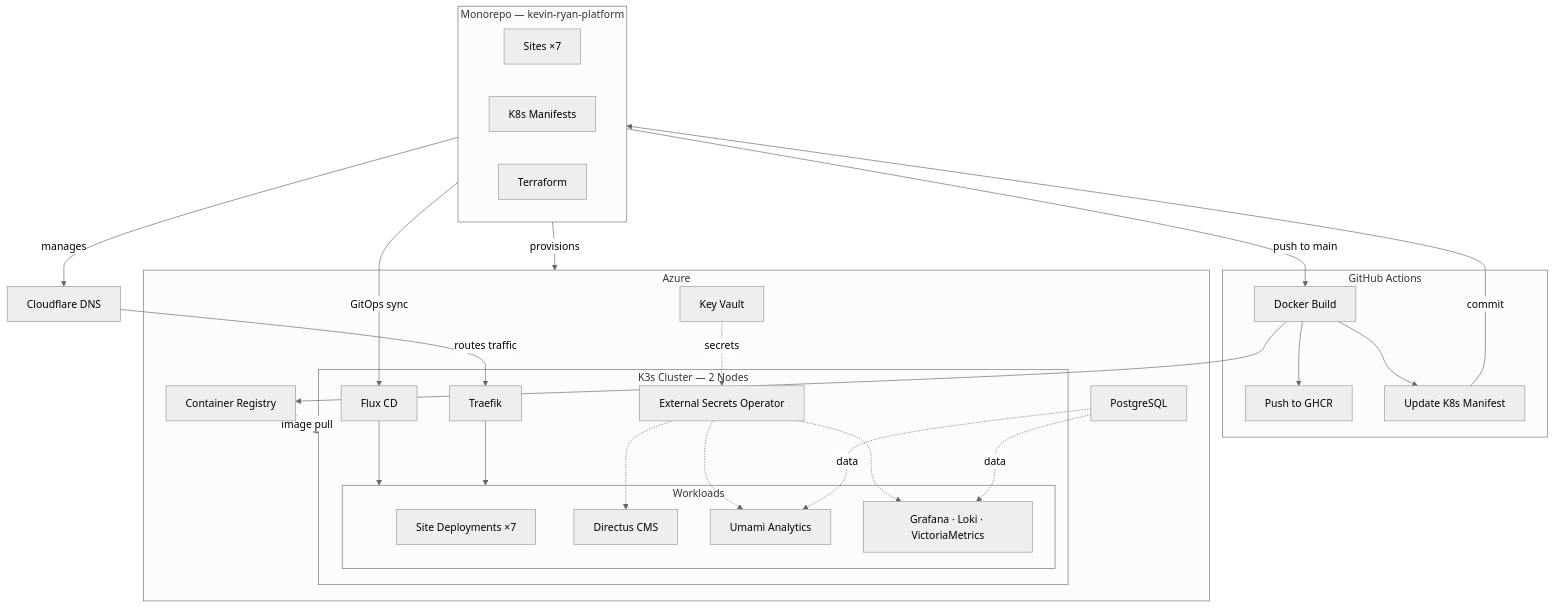
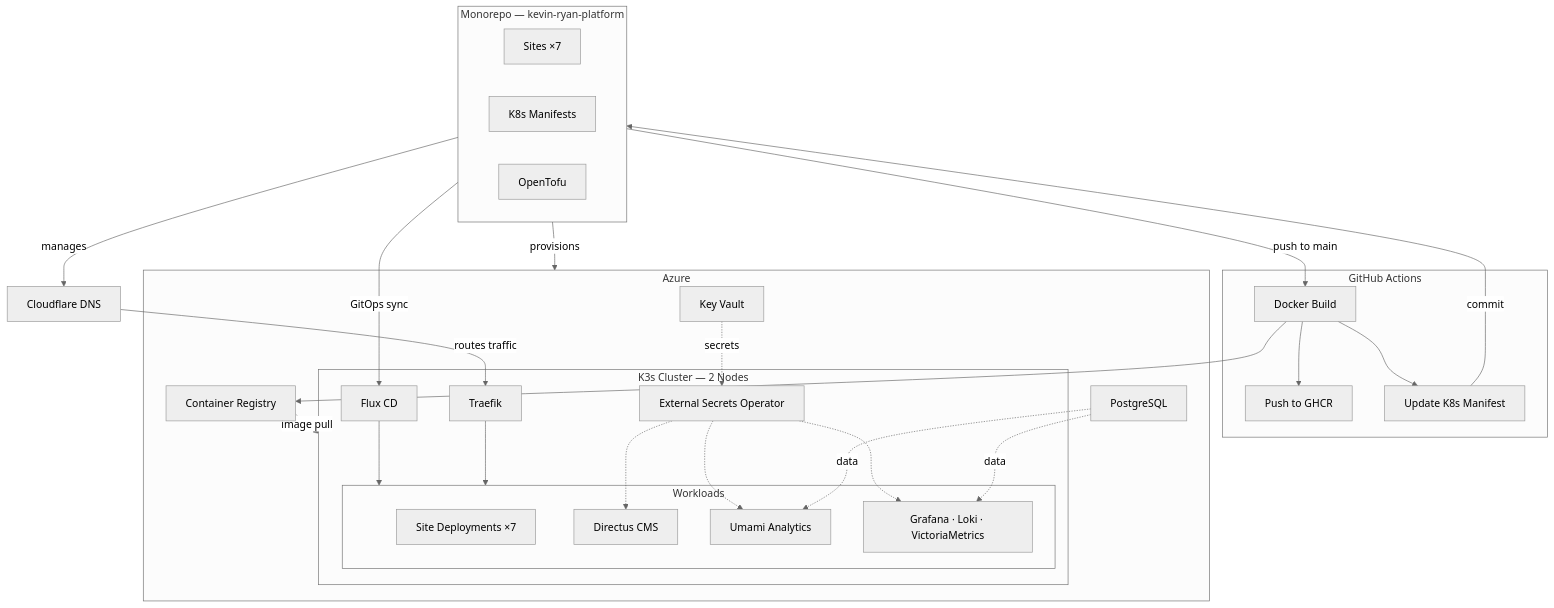
The first of 2 diagrams in docs/index.md (kevin-ryan-associates/kra-platform), drawn with Mermaid (neutral theme) before and after one commit. The commit also changed other lines of this file and 23 other files, not shown here.

First line of the commit message:
[kra-24] Migrate Terraform to OpenTofu (ADR-025)

````diff
--- a/docs/index.md
+++ b/docs/index.md
@@ -70,50 +70,50 @@
 ```mermaid
 graph TD
     subgraph repo["Monorepo — kevin-ryan-platform"]
         direction LR
         sites["Sites ×7"]
         k8smanifests["K8s Manifests"]
-        tf["Terraform"]
+        tf["OpenTofu"]
     end
 
     subgraph ci["GitHub Actions"]
         docker["Docker Build"]
         ghcr["Push to GHCR"]
         manifests["Update K8s Manifest"]
     end
 
     subgraph azure["Azure"]
         acr["Container Registry"]
         kv["Key Vault"]
         pg["PostgreSQL"]
         subgraph k3s["K3s Cluster — 2 Nodes"]
             flux["Flux CD"]
             traefik["Traefik"]
             subgraph workloads["Workloads"]
                 sd["Site Deployments ×7"]
                 directus["Directus CMS"]
                 umami["Umami Analytics"]
                 obs["Grafana · Loki · VictoriaMetrics"]
             end
             eso["External Secrets Operator"]
         end
     end
 
     cf["Cloudflare DNS"]
 
     sites -->|push to main| docker
     docker --> acr
     docker --> ghcr
     docker --> manifests
     manifests -->|commit| k8smanifests
     k8smanifests -->|GitOps sync| flux
     flux --> workloads
     tf -->|provisions| azure
     tf -->|manages| cf
     acr -.->|image pull| k3s
     kv -.->|secrets| eso
     eso -.-> umami & obs & directus
     pg -.->|data| umami & obs
     cf -->|routes traffic| traefik
     traefik --> workloads
 ```
````
